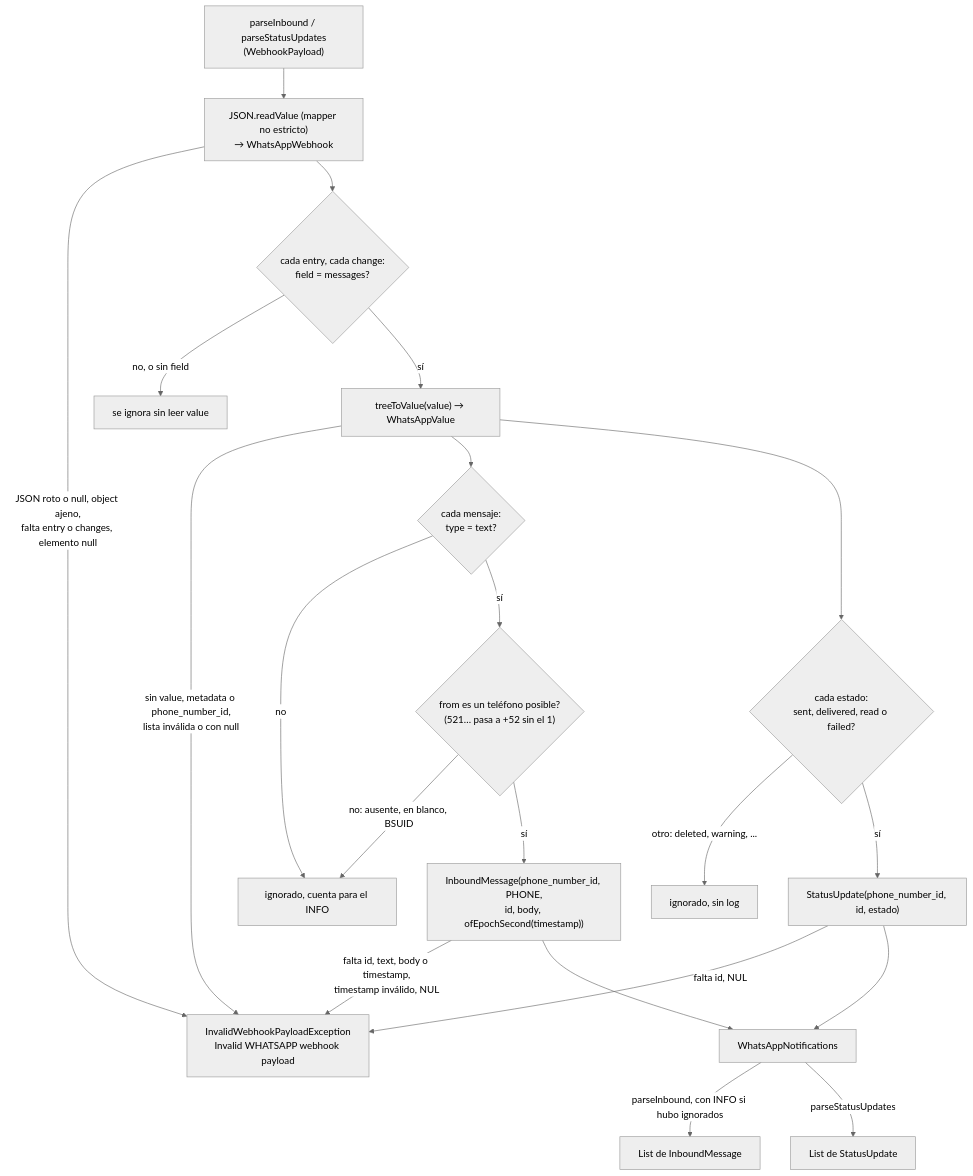
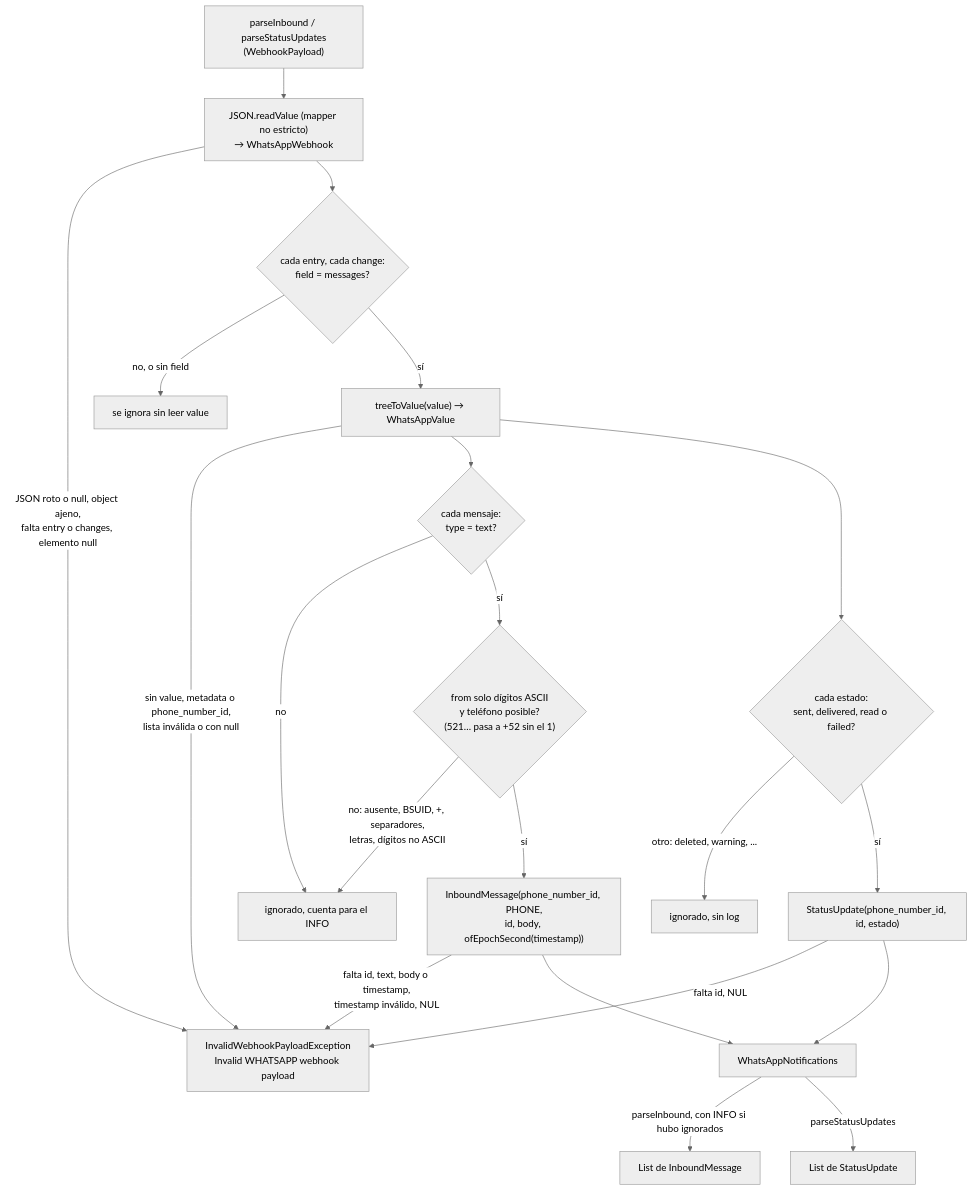
Before and after one commit to zapmaxvevo/communicator-one: the sixth of 7 diagrams in docs/canales.md, drawn with Mermaid (neutral theme). The commit also changed other lines of this file and 4 other files, not shown here.

Commit message:
Ignorar los remitentes de WhatsApp que no son solo dígitos

````diff
--- a/docs/canales.md
+++ b/docs/canales.md
@@ -705,26 +707,26 @@
 ```mermaid
 flowchart TD
     P["parseInbound / parseStatusUpdates<br/>(WebhookPayload)"]
     R["JSON.readValue (mapper no estricto)<br/>→ WhatsAppWebhook"]
     X[InvalidWebhookPayloadException<br/>Invalid WHATSAPP webhook payload]
     P --> R
     R -->|JSON roto o null, object ajeno,<br/>falta entry o changes, elemento null| X
     R --> C{"cada entry, cada change:<br/>field = messages?"}
     C -->|no, o sin field| I0[se ignora sin leer value]
     C -->|sí| V["treeToValue(value) → WhatsAppValue"]
     V -->|sin value, metadata o phone_number_id,<br/>lista inválida o con null| X
     V --> M{"cada mensaje:<br/>type = text?"}
     M -->|no| IG[ignorado, cuenta para el INFO]
-    M -->|sí| F{"from es un teléfono posible?<br/>(521… pasa a +52 sin el 1)"}
-    F -->|no: ausente, en blanco, BSUID| IG
+    M -->|sí| F{"from solo dígitos ASCII<br/>y teléfono posible?<br/>(521… pasa a +52 sin el 1)"}
+    F -->|no: ausente, BSUID, +, separadores,<br/>letras, dígitos no ASCII| IG
     F -->|sí| T["InboundMessage(phone_number_id, PHONE,<br/>id, body, ofEpochSecond(timestamp))"]
     T -->|falta id, text, body o timestamp,<br/>timestamp inválido, NUL| X
     V --> S{"cada estado:<br/>sent, delivered, read o failed?"}
     S -->|otro: deleted, warning, ...| IS[ignorado, sin log]
     S -->|sí| U["StatusUpdate(phone_number_id, id, estado)"]
     U -->|falta id, NUL| X
     T --> N[WhatsAppNotifications]
     U --> N
     N -->|parseInbound, con INFO si hubo ignorados| LI[List de InboundMessage]
     N -->|parseStatusUpdates| LS[List de StatusUpdate]
 ```
````
